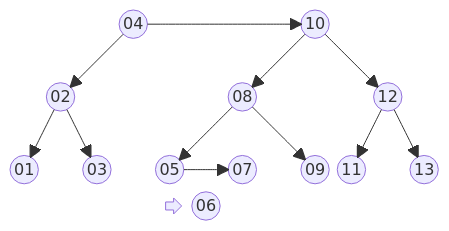
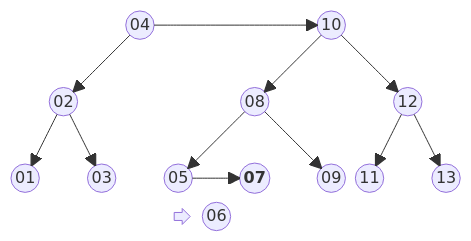
The fifth of 7 diagrams in Assuntos/arvore-aa.md (BenhurUFSM/l226b), drawn with Mermaid before and after one commit. The commit also changed other lines of this file, not shown here.

````diff
--- a/Assuntos/arvore-aa.md
+++ b/Assuntos/arvore-aa.md
@@ -181,21 +181,21 @@
 ```mermaid
 block
 columns 12
 space:3 r(("04")) space:4 d(("10")) space:3
 space:12
 space e(("02")) space:4 de(("08")) space:3 dd(("12")) space
 space:12
-ee(("01")) space ed(("03")) space dee(("05")) space deed(("07")) space ded(("09")) dde(("11")) space ddd(("13"))
+ee(("01")) space ed(("03")) space dee(("05")) space deed(("<b>07</b>")) space ded(("09")) dde(("11")) space ddd(("13"))
 space:4 f<[" "]>(right) deede(("06")) space:6
 r-->e
 r-->d
 e-->ee
 e-->ed
 d-->de
 d-->dd
 de-->dee
 de-->ded
 dee-->deed
 dd-->dde
 dd-->ddd
 ```
````
